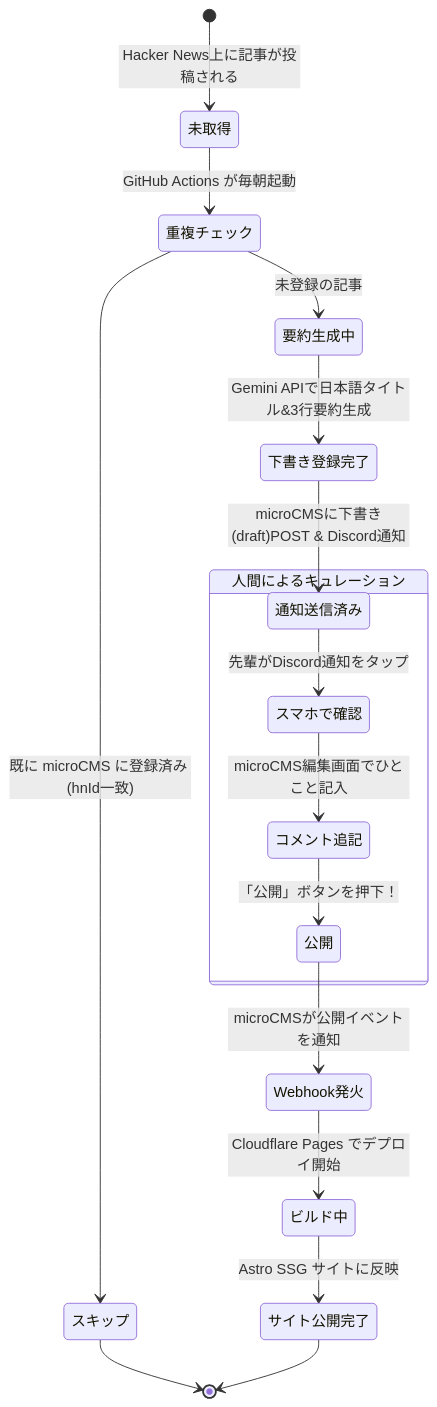
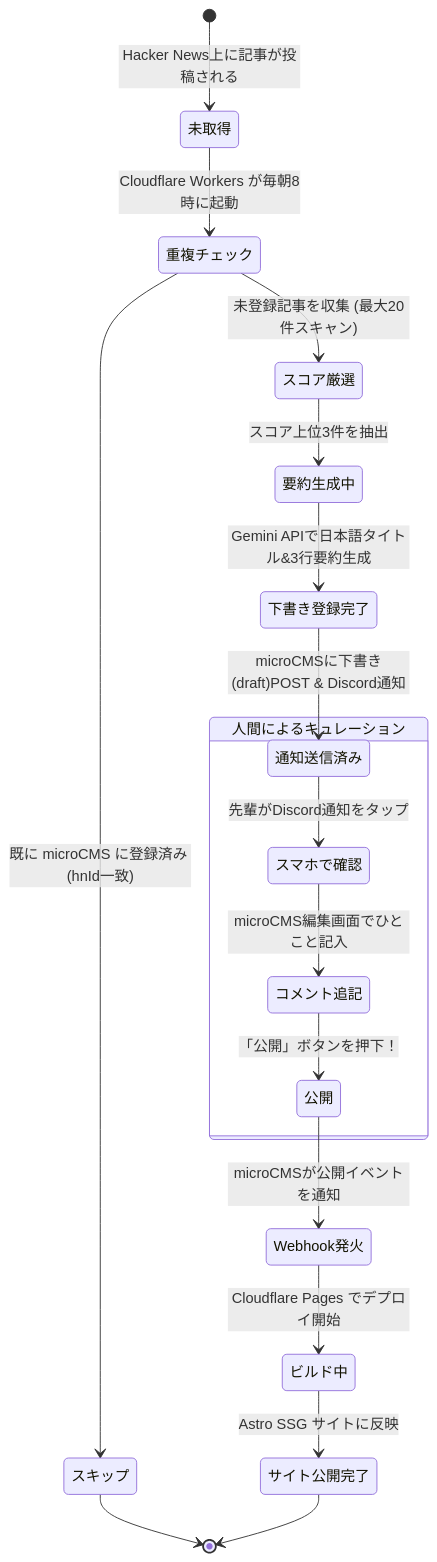
Before and after one commit to blacpans/hnmc: the second of 4 diagrams in docs/architecture.md, drawn with Mermaid. The commit also changed other lines of this file, not shown here.

First line of the commit message:
docs(architecture): 📝 最新の実装に合わせてアーキテクチャ設計書を更新したじゃんね！📐✨

````diff
--- a/docs/architecture.md
+++ b/docs/architecture.md
@@ -70,22 +72,23 @@
 ```mermaid
 stateDiagram-v2
     [*] --> 未取得: Hacker News上に記事が投稿される
-    未取得 --> 重複チェック: GitHub Actions が毎朝起動
+    未取得 --> 重複チェック: Cloudflare Workers が毎朝8時に起動
     重複チェック --> スキップ: 既に microCMS に登録済み (hnId一致)
     スキップ --> [*]
     
-    重複チェック --> 要約生成中: 未登録の記事
+    重複チェック --> スコア厳選: 未登録記事を収集 (最大20件スキャン)
+    スコア厳選 --> 要約生成中: スコア上位3件を抽出
     要約生成中 --> 下書き登録完了: Gemini APIで日本語タイトル&3行要約生成
     下書き登録完了 --> 通知送信済み: microCMSに下書き(draft)POST & Discord通知
     
     state "人間によるキュレーション" as Curation {
         通知送信済み --> スマホで確認: 先輩がDiscord通知をタップ
         スマホで確認 --> コメント追記: microCMS編集画面でひとこと記入
         コメント追記 --> 公開: 「公開」ボタンを押下！
     }
     
     公開 --> Webhook発火: microCMSが公開イベントを通知
     Webhook発火 --> ビルド中: Cloudflare Pages でデプロイ開始
     ビルド中 --> サイト公開完了: Astro SSG サイトに反映
     サイト公開完了 --> [*]
 ```
````
